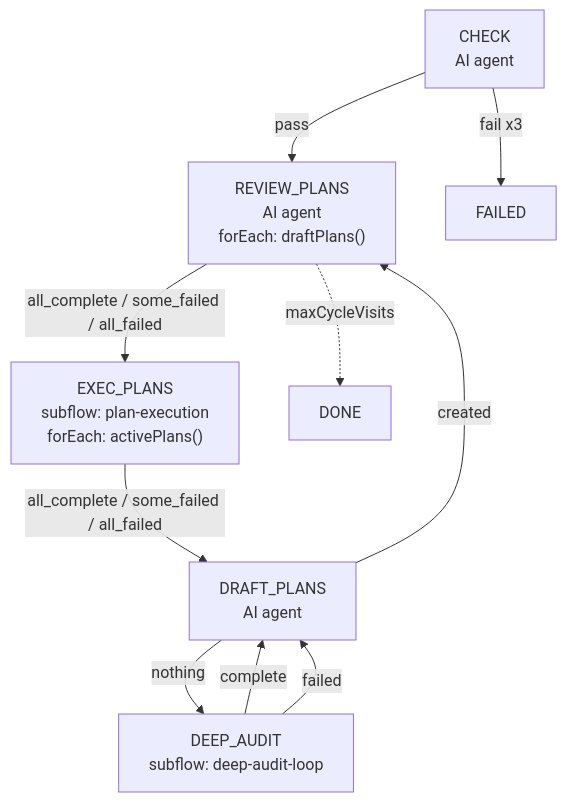
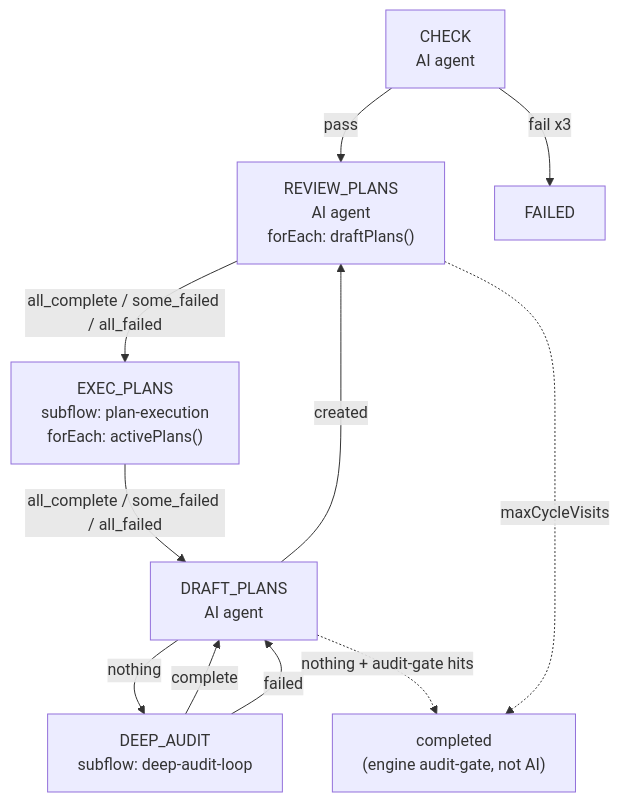
Before and after one commit to entropy-cloud/attractor-guided-engineering-template: the first of 3 diagrams in tools/mission-driver/design/mission-driver-flow-design.md, drawn with Mermaid. The commit also changed other lines of this file and 194 other files, not shown here.

````diff
--- a/tools/mission-driver/design/mission-driver-flow-design.md
+++ b/tools/mission-driver/design/mission-driver-flow-design.md
@@ -45,17 +46,18 @@
 ```mermaid
 flowchart TD
     HC["CHECK<br/>AI agent"] -->|pass| RP["REVIEW_PLANS<br/>AI agent<br/>forEach: draftPlans()"]
     HC -->|fail x3| FAILED
 
     RP -->|all_complete / some_failed / all_failed| EAP["EXEC_PLANS<br/>subflow: plan-execution<br/>forEach: activePlans()"]
 
     EAP -->|all_complete / some_failed / all_failed| DP["DRAFT_PLANS<br/>AI agent"]
 
     DP -->|created| RP
     DP -->|nothing| DAL["DEEP_AUDIT<br/>subflow: deep-audit-loop"]
+    DP -.->|nothing + audit-gate hits| DONE["completed<br/>(engine audit-gate, not AI)"]
 
     DAL -->|complete| DP
     DAL -->|failed| DP
 
     RP -.->|maxCycleVisits| DONE
 ```
````
